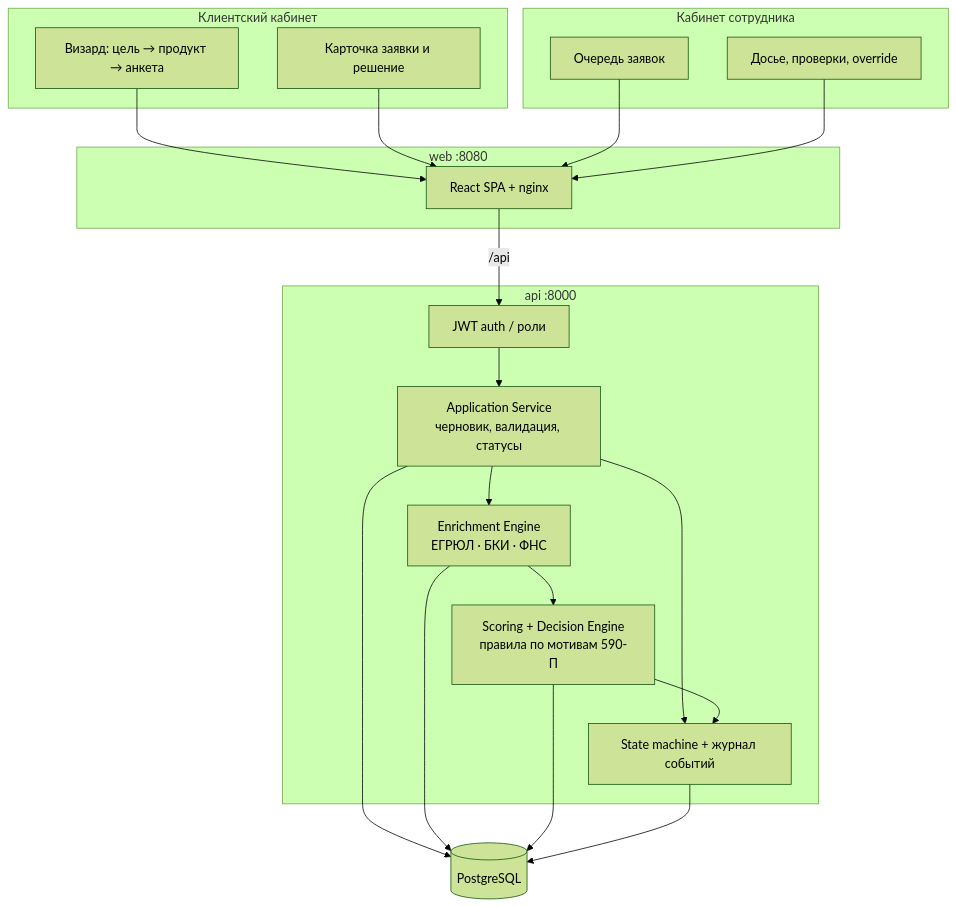
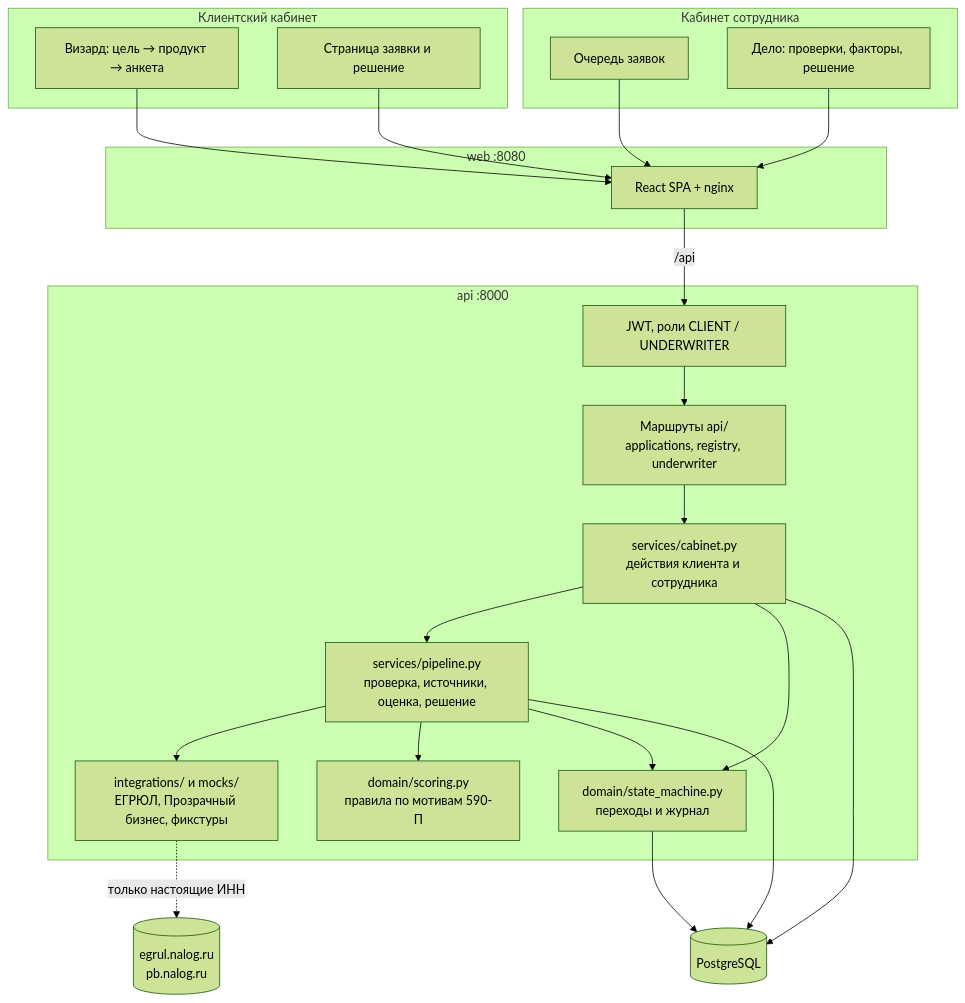
One commit to SachEnka/Kxakaton changed the first of 3 diagrams in docs/architecture.md. Above: the diagram before and after it, drawn with Mermaid (forest theme). The commit also changed other lines of this file and 10 other files, not shown here.

````diff
--- a/docs/architecture.md
+++ b/docs/architecture.md
@@ -7,41 +14,46 @@
 ```mermaid
 flowchart TB
   subgraph Client["Клиентский кабинет"]
     W[Визард: цель → продукт → анкета]
-    A[Карточка заявки и решение]
+    A[Страница заявки и решение]
   end
 
   subgraph Staff["Кабинет сотрудника"]
     Q[Очередь заявок]
-    C[Досье, проверки, override]
+    C[Дело: проверки, факторы, решение]
   end
 
   subgraph Web["web :8080"]
     FE[React SPA + nginx]
   end
 
   subgraph API["api :8000"]
-    Auth[JWT auth / роли]
-    AppSvc[Application Service<br/>черновик, валидация, статусы]
-    Enrich[Enrichment Engine<br/>ЕГРЮЛ · БКИ · ФНС]
-    Score[Scoring + Decision Engine<br/>правила по мотивам 590-П]
-    SM[State machine + журнал событий]
+    Auth[JWT, роли CLIENT / UNDERWRITER]
+    Routes[Маршруты api/<br/>applications, registry, underwriter]
+    Cabinet[services/cabinet.py<br/>действия клиента и сотрудника]
+    Pipeline[services/pipeline.py<br/>проверка, источники, оценка, решение]
+    Integr[integrations/ и mocks/<br/>ЕГРЮЛ, Прозрачный бизнес, фикстуры]
+    Score[domain/scoring.py<br/>правила по мотивам 590-П]
+    SM[domain/state_machine.py<br/>переходы и журнал]
   end
 
+  Ext[(egrul.nalog.ru<br/>pb.nalog.ru)]
   DB[(PostgreSQL)]
 
   W --> FE
   A --> FE
   Q --> FE
   C --> FE
   FE -->|/api| Auth
-  Auth --> AppSvc
-  AppSvc --> Enrich
-  Enrich --> Score
-  AppSvc --> SM
-  Score --> SM
-  AppSvc --> DB
-  Enrich --> DB
-  Score --> DB
+  Auth --> Routes
+  Routes --> Cabinet
+  Cabinet --> Pipeline
+  Pipeline --> Integr
+  Integr -.->|только настоящие ИНН| Ext
+  Pipeline --> Score
+  Cabinet --> SM
+  Pipeline --> SM
+  Cabinet --> DB
+  Pipeline --> DB
   SM --> DB
 ```
````
